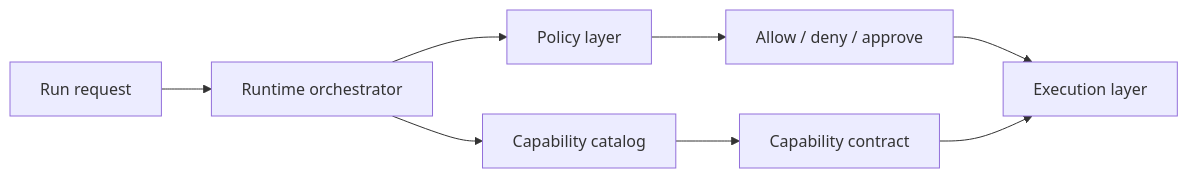
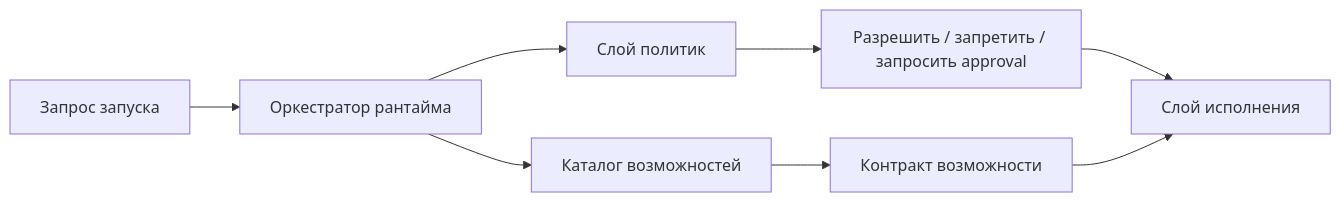
The diagram in docs/book/part-vii/chapter-17.md (agent-axiom/agent-arch), drawn with Mermaid before and after one commit. The commit also changed other lines of this file, not shown here.

Commit message:
docs: polish Russian chapter seventeen policy prose

````diff
--- a/docs/book/part-vii/chapter-17.md
+++ b/docs/book/part-vii/chapter-17.md
@@ -67,10 +67,10 @@
 ``` mermaid
 flowchart LR
-    A["Run request"] --> B["Runtime orchestrator"]
-    B --> C["Policy layer"]
-    B --> D["Capability catalog"]
-    C --> E["Allow / deny / approve"]
-    D --> F["Capability contract"]
-    E --> G["Execution layer"]
+    A["Запрос запуска"] --> B["Оркестратор рантайма"]
+    B --> C["Слой политик"]
+    B --> D["Каталог возможностей"]
+    C --> E["Разрешить / запретить / запросить approval"]
+    D --> F["Контракт возможности"]
+    E --> G["Слой исполнения"]
     F --> G
 ```
````
